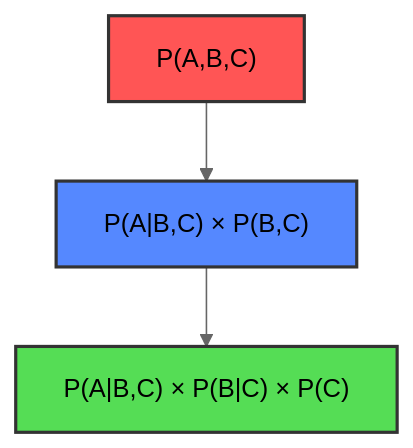
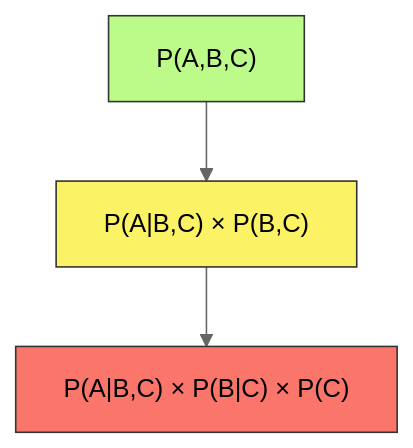
One commit to Chaklader/part-of-speech-tagging changed the fifth of 23 diagrams in C_2.md. Above: the diagram before and after it, drawn with Mermaid (neutral theme). The commit also changed other lines of this file, not shown here.

````diff
--- a/C_2.md
+++ b/C_2.md
@@ -263,8 +273,9 @@
 ```mermaid
 flowchart TD
     A["P(A,B,C)"] --> B["P(A|B,C) × P(B,C)"]
     B --> C["P(A|B,C) × P(B|C) × P(C)"]
-    style A fill:#ff5555,stroke:#333,stroke-width:2px
-    style B fill:#5588ff,stroke:#333,stroke-width:2px
-    style C fill:#55dd55,stroke:#333,stroke-width:2px
+style A fill:#BCFB89,stroke:#333,stroke-width:1px
+  style B fill:#FBF266,stroke:#333,stroke-width:1px
+  style C fill:#FA756A,stroke:#333,stroke-width:1px
+
 ```
````
